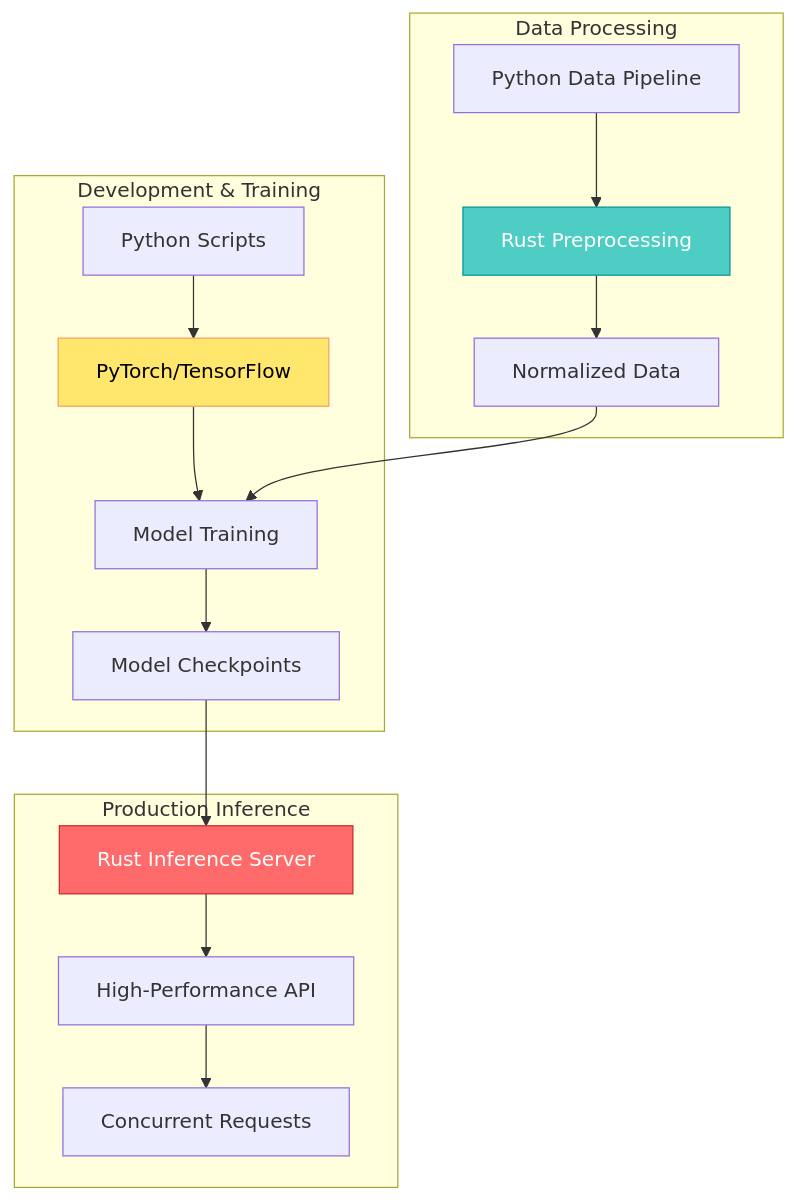
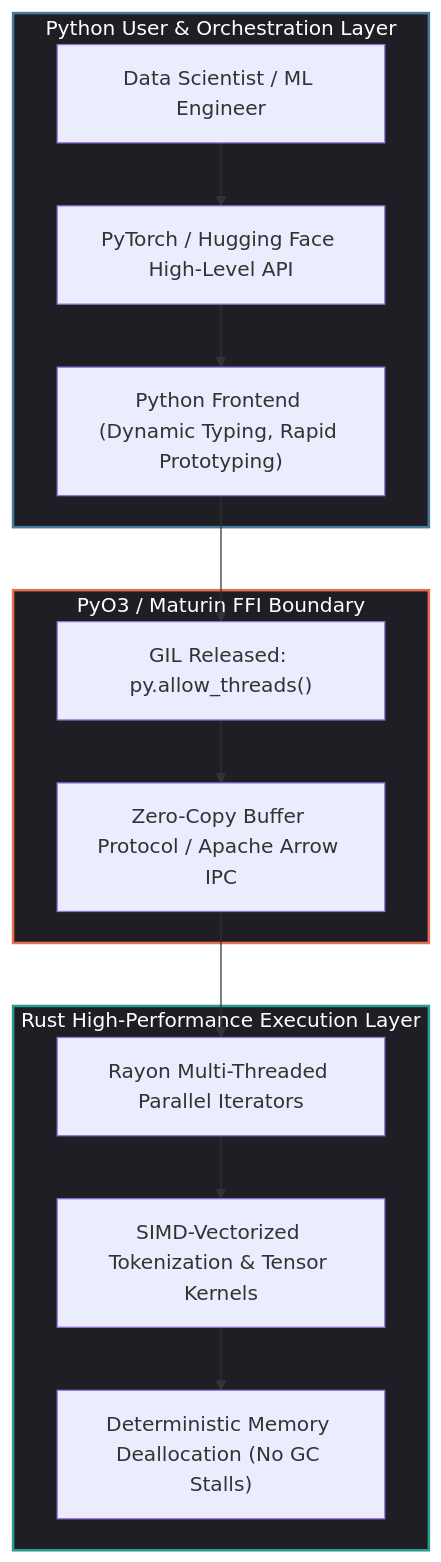
One commit to akillness/akillness.github.io changed the first of 2 diagrams in _posts/2025/12/2025-12-05-combining-rust-and-python-for-high-performance-ai-systems.md. Above: the diagram before and after it, drawn with Mermaid. The commit also changed other lines of this file and 1 other file, not shown here.

Commit message:
archive(dev): rebuild combining-rust-and-python-for-high-performance-ai-systems from 2025-12 note

````diff
--- a/_posts/2025/12/2025-12-05-combining-rust-and-python-for-high-performance-ai-systems.md
+++ b/_posts/2025/12/2025-12-05-combining-rust-and-python-for-high-performance-ai-systems.md
@@ -286,24 +27,22 @@
 ```mermaid
-graph TB
-    subgraph "Development & Training"
-        A[Python Scripts] --> B[PyTorch/TensorFlow]
-        B --> C[Model Training]
-        C --> D[Model Checkpoints]
+flowchart TD
+    subgraph PythonLayer["Python User & Orchestration Layer"]
+        A["Data Scientist / ML Engineer"] --> B["PyTorch / Hugging Face High-Level API"]
+        B --> C["Python Frontend (Dynamic Typing, Rapid Prototyping)"]
     end
 
-    subgraph "Production Inference"
-        D --> E[Rust Inference Server]
-        E --> F[High-Performance API]
-        F --> G[Concurrent Requests]
+    subgraph FFIBoundary["PyO3 / Maturin FFI Boundary"]
+        C --> D["GIL Released: py.allow_threads()"]
+        D --> E["Zero-Copy Buffer Protocol / Apache Arrow IPC"]
     end
 
-    subgraph "Data Processing"
-        H[Python Data Pipeline] --> I[Rust Preprocessing]
-        I --> J[Normalized Data]
-        J --> C
+    subgraph RustLayer["Rust High-Performance Execution Layer"]
+        E --> F["Rayon Multi-Threaded Parallel Iterators"]
+        F --> G["SIMD-Vectorized Tokenization & Tensor Kernels"]
+        G --> H["Deterministic Memory Deallocation (No GC Stalls)"]
     end
 
-    style E fill:#ff6b6b,stroke:#c92a2a,color:#fff
-    style I fill:#4ecdc4,stroke:#0a9396,color:#fff
-    style B fill:#ffe66d,stroke:#f4a261,color:#000
+    style PythonLayer fill:#1e1e24,stroke:#457b9d,stroke-width:2px,color:#fff
+    style FFIBoundary fill:#1e1e24,stroke:#e76f51,stroke-width:2px,color:#fff
+    style RustLayer fill:#1e1e24,stroke:#2a9d8f,stroke-width:2px,color:#fff
 ```
````
